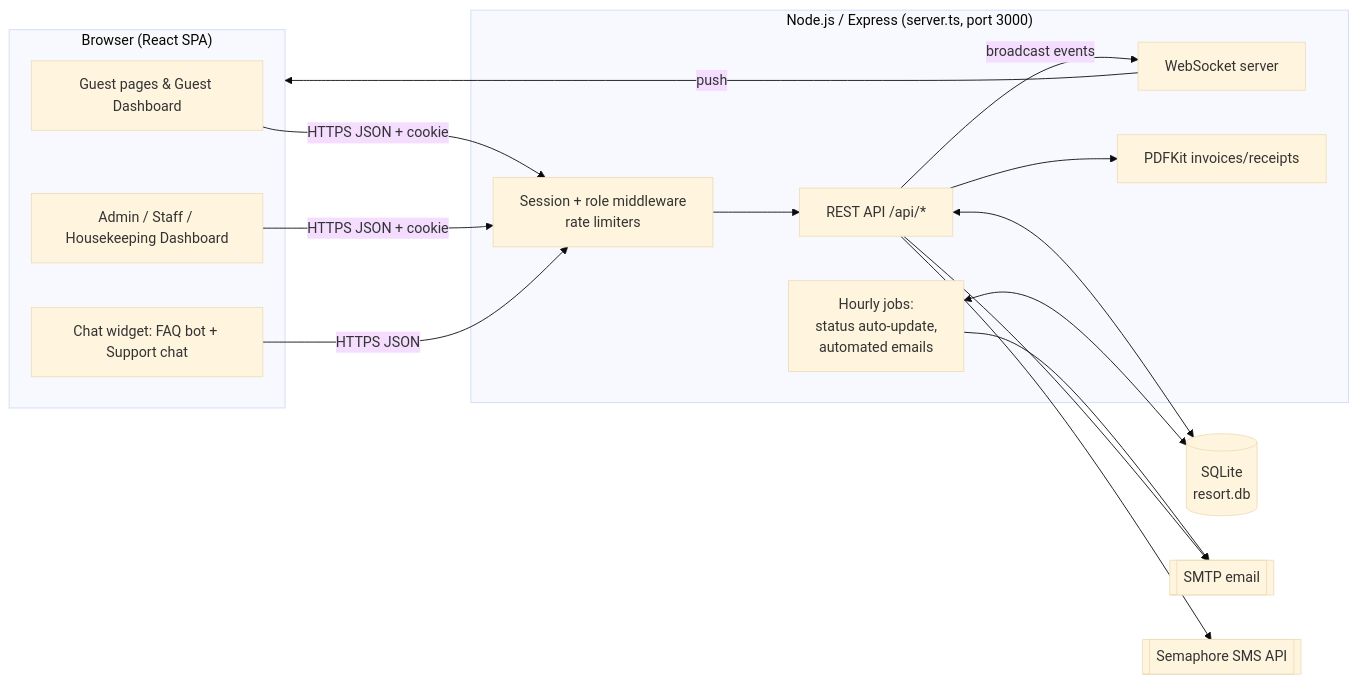
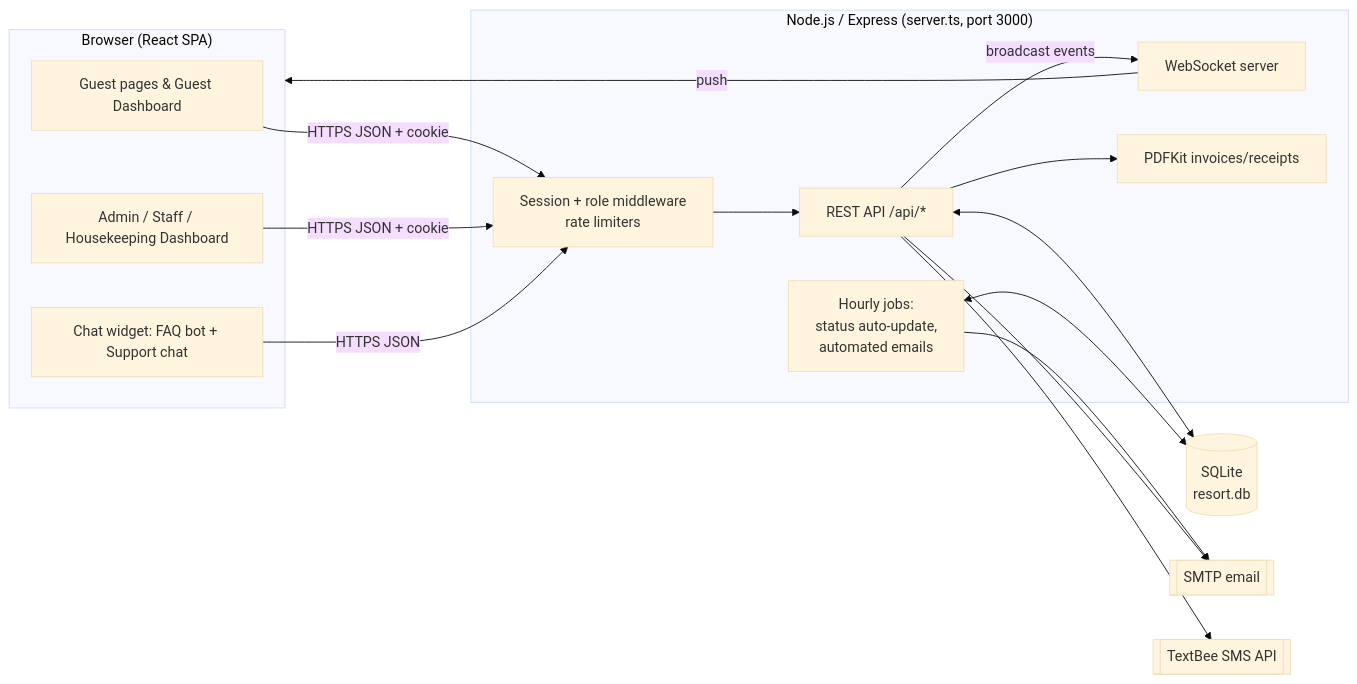
Before and after one commit to Werdddd/da-bali-resort: the first of 4 diagrams in docs/SYSTEM_OVERVIEW_AND_HANDOFF.md, drawn with Mermaid (base theme). The commit also changed other lines of this file and 3 other files, not shown here.

````diff
--- a/docs/SYSTEM_OVERVIEW_AND_HANDOFF.md
+++ b/docs/SYSTEM_OVERVIEW_AND_HANDOFF.md
@@ -125,31 +125,31 @@
 ```mermaid
 flowchart LR
   subgraph Client["Browser (React SPA)"]
     G[Guest pages & Guest Dashboard]
     A[Admin / Staff / Housekeeping Dashboard]
     C[Chat widget: FAQ bot + Support chat]
   end
 
   subgraph Server["Node.js / Express (server.ts, port 3000)"]
     MW[Session + role middleware<br/>rate limiters]
     API[REST API /api/*]
     WS[WebSocket server]
     JOB[Hourly jobs:<br/>status auto-update,<br/>automated emails]
     PDF[PDFKit invoices/receipts]
   end
 
   DB[(SQLite<br/>resort.db)]
   SMTP[[SMTP email]]
-  SMS[[Semaphore SMS API]]
+  SMS[[TextBee SMS API]]
 
   G -- HTTPS JSON + cookie --> MW --> API
   A -- HTTPS JSON + cookie --> MW
   C -- HTTPS JSON --> MW
   API <--> DB
   JOB <--> DB
   API --> PDF
   API -- broadcast events --> WS -- push --> Client
   JOB --> SMTP
   API --> SMTP
   API --> SMS
 ```
````
